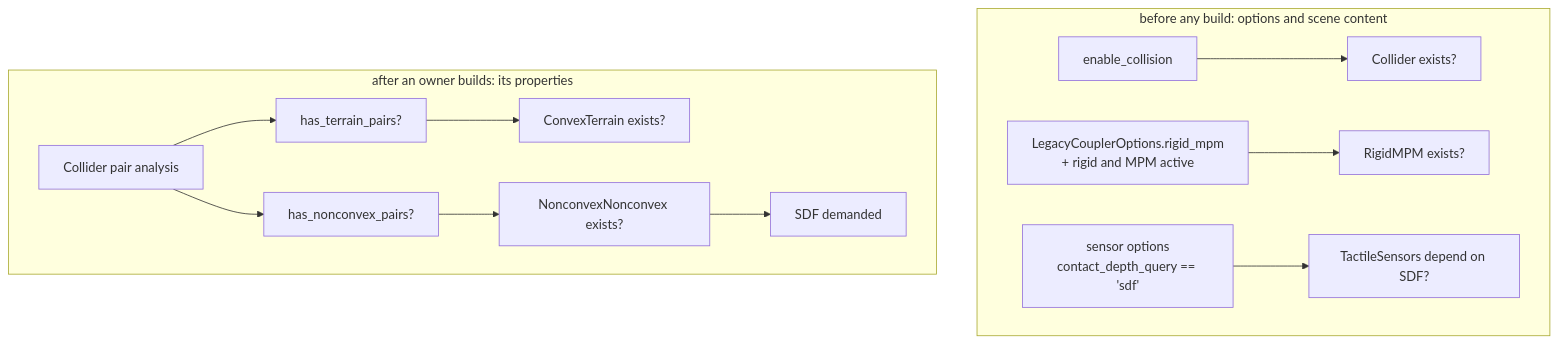
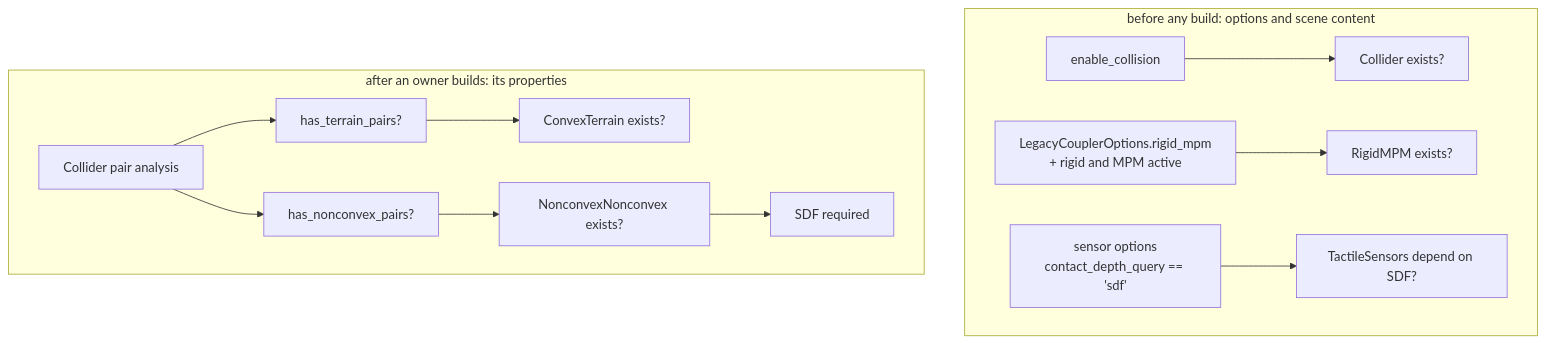
Before and after one commit to duburcqa/Genesis: the fourth of 12 diagrams in .github/contributing/PIPELINE.md, drawn with Mermaid. The commit also changed other lines of this file and 24 other files, not shown here.

````diff
--- a/.github/contributing/PIPELINE.md
+++ b/.github/contributing/PIPELINE.md
@@ -129,12 +129,12 @@
 ```mermaid
 flowchart TB
     subgraph before ["before any build: options and scene content"]
         O1["enable_collision"] --> E1["Collider exists?"]
         O2["LegacyCouplerOptions.rigid_mpm<br/>+ rigid and MPM active"] --> E2["RigidMPM exists?"]
         O3["sensor options<br/>contact_depth_query == 'sdf'"] --> E3["TactileSensors depend on SDF?"]
     end
     subgraph after ["after an owner builds: its properties"]
         B1["Collider pair analysis"] --> P1["has_terrain_pairs?"] --> N1["ConvexTerrain exists?"]
-        B1 --> P2["has_nonconvex_pairs?"] --> N2["NonconvexNonconvex exists?"] --> S1["SDF demanded"]
+        B1 --> P2["has_nonconvex_pairs?"] --> N2["NonconvexNonconvex exists?"] --> S1["SDF required"]
     end
 ```
````
